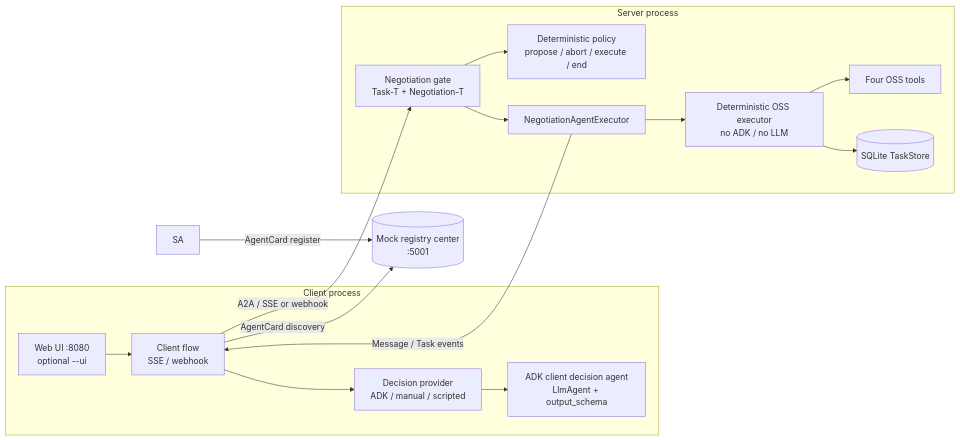
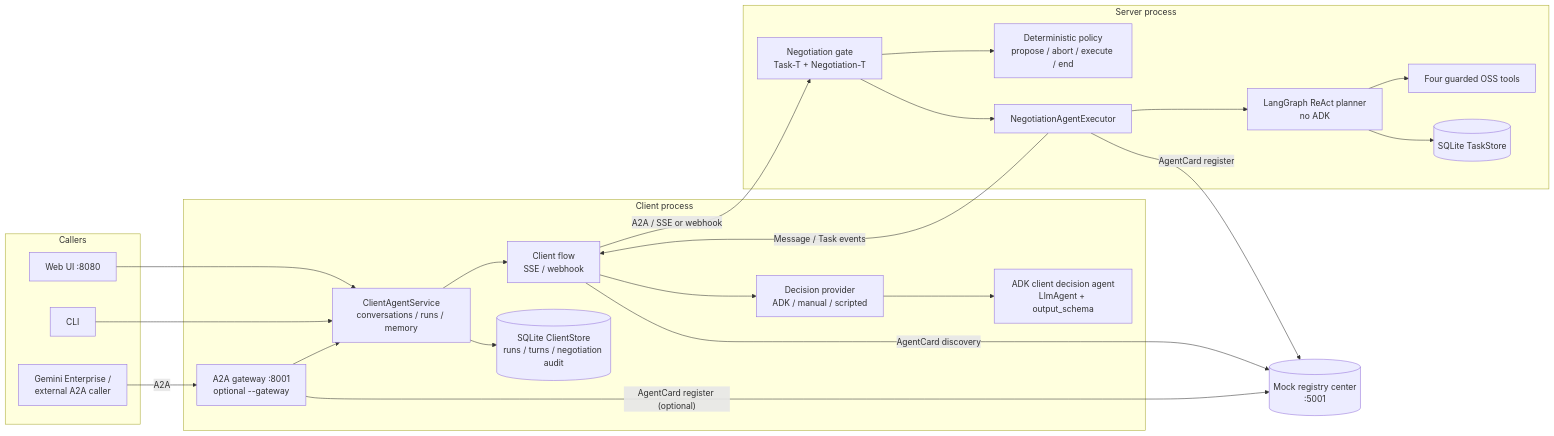
Before and after one commit to codetalks-hw/a2a-t-sdk-python: the first of 8 diagrams in a2a-t-sample/ran-energy-saving/README.md, drawn with Mermaid. The commit also changed other lines of this file and 33 other files, not shown here.

````diff
--- a/a2a-t-sample/ran-energy-saving/README.md
+++ b/a2a-t-sample/ran-energy-saving/README.md
@@ -59,32 +62,45 @@
 ```mermaid
 flowchart LR
+    subgraph Callers
+        UI[Web UI :8080]
+        CLI[CLI]
+        GE[Gemini Enterprise /<br/>external A2A caller]
+    end
+
     subgraph Client process
-        UI[Web UI :8080<br/>optional --ui]
+        SVC[ClientAgentService<br/>conversations / runs / memory]
         CF[Client flow<br/>SSE / webhook]
         CA[ADK client decision agent<br/>LlmAgent + output_schema]
         DP[Decision provider<br/>ADK / manual / scripted]
-        UI --> CF
+        GW[A2A gateway :8001<br/>optional --gateway]
+        CDB[(SQLite ClientStore<br/>runs / turns / negotiation audit)]
+        UI --> SVC
+        CLI --> SVC
+        GE -- A2A --> GW --> SVC
+        SVC --> CF
         CF --> DP
         DP --> CA
+        SVC --> CDB
     end
 
     subgraph Server process
         G[Negotiation gate<br/>Task-T + Negotiation-T]
         P[Deterministic policy<br/>propose / abort / execute / end]
         EX[NegotiationAgentExecutor]
-        DET[Deterministic OSS executor<br/>no ADK / no LLM]
-        TOOLS[Four OSS tools]
+        LG[LangGraph ReAct planner<br/>no ADK]
+        TOOLS[Four guarded OSS tools]
         DB[(SQLite TaskStore)]
         G --> P
         G --> EX
-        EX --> DET
-        DET --> TOOLS
-        DET --> DB
+        EX --> LG
+        LG --> TOOLS
+        LG --> DB
     end
 
     REG[(Mock registry center<br/>:5001)]
     CF -- A2A / SSE or webhook --> G
     EX -- Message / Task events --> CF
-    SA -- AgentCard register --> REG
+    EX -- AgentCard register --> REG
     CF -- AgentCard discovery --> REG
+    GW -- AgentCard register (optional) --> REG
 ```
````
